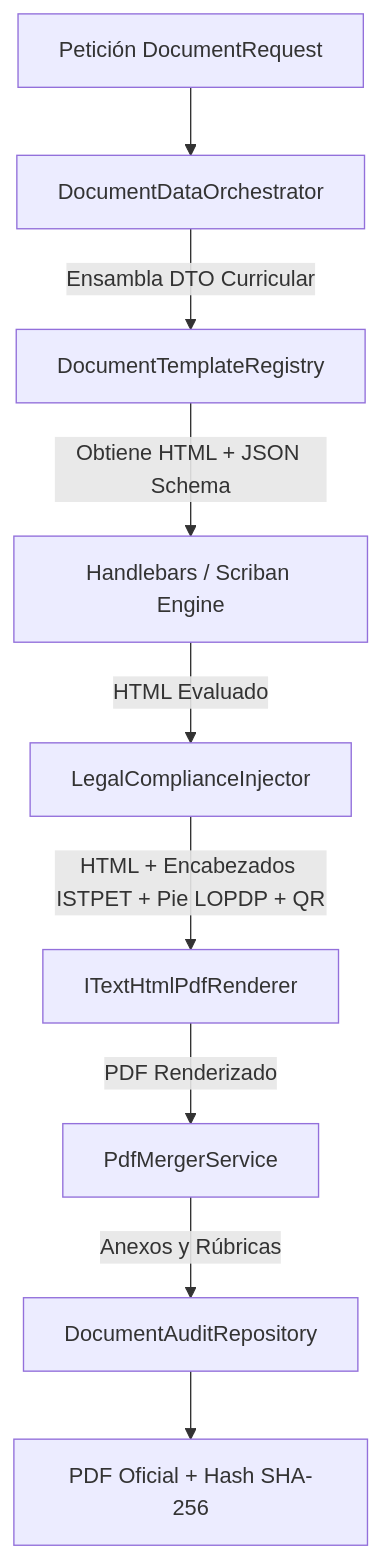
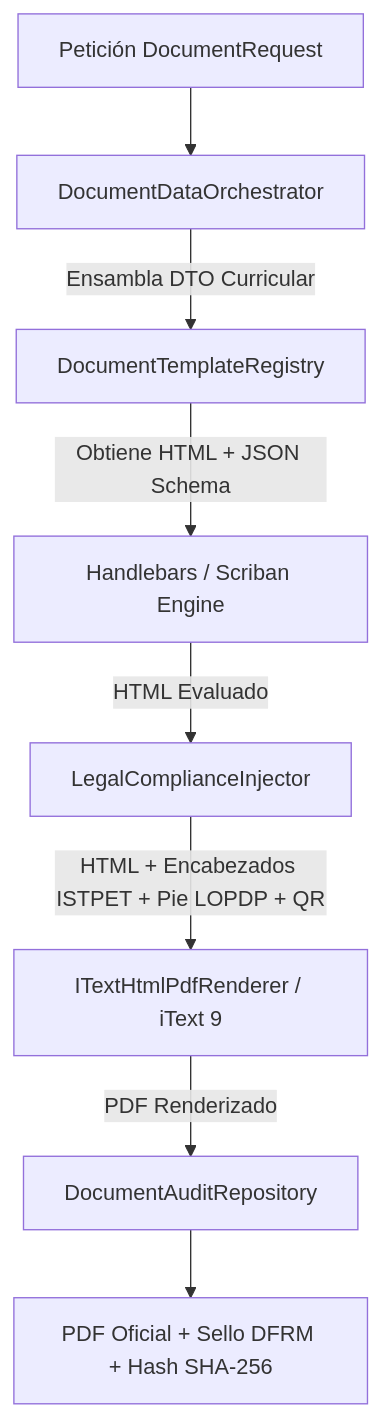
The first of 2 diagrams in docs/documentacion/03-motores-especializados/01-motor-documental-pdf.md (JorgeDoicela/dosier), drawn with Mermaid before and after one commit. The commit also changed other lines of this file and 34 other files, not shown here.

````diff
--- a/docs/documentacion/03-motores-especializados/01-motor-documental-pdf.md
+++ b/docs/documentacion/03-motores-especializados/01-motor-documental-pdf.md
@@ -19,11 +19,10 @@
 ```mermaid
 graph TD
     Req[Petición DocumentRequest] --> DataOrchestrator[DocumentDataOrchestrator]
     DataOrchestrator -->|Ensambla DTO Curricular| TemplateRegistry[DocumentTemplateRegistry]
     TemplateRegistry -->|Obtiene HTML + JSON Schema| TemplateEngine[Handlebars / Scriban Engine]
     TemplateEngine -->|HTML Evaluado| LegalInjector[LegalComplianceInjector]
-    LegalInjector -->|HTML + Encabezados ISTPET + Pie LOPDP + QR| PDFRenderer[ITextHtmlPdfRenderer]
-    PDFRenderer -->|PDF Renderizado| PDFMerger[PdfMergerService]
-    PDFMerger -->|Anexos y Rúbricas| AuditRepo[DocumentAuditRepository]
-    AuditRepo --> OutputPDF[PDF Oficial + Hash SHA-256]
+    LegalInjector -->|HTML + Encabezados ISTPET + Pie LOPDP + QR| PDFRenderer[ITextHtmlPdfRenderer / iText 9]
+    PDFRenderer -->|PDF Renderizado| AuditRepo[DocumentAuditRepository]
+    AuditRepo --> OutputPDF[PDF Oficial + Sello DFRM + Hash SHA-256]
 ```
````
